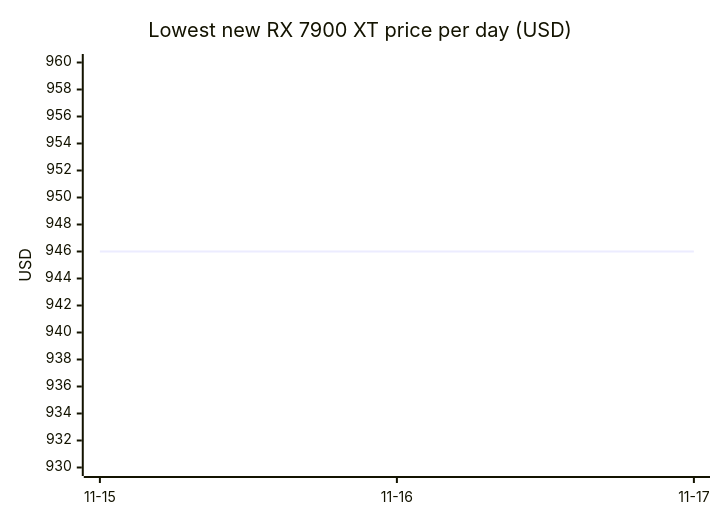
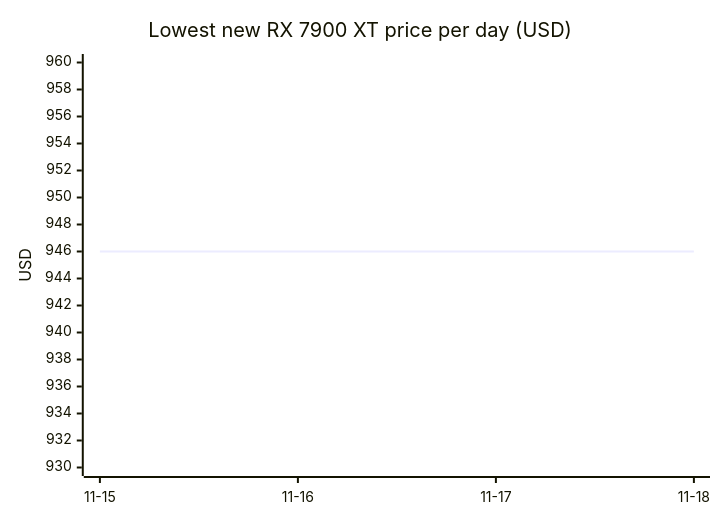
Before and after one commit to 7324136828/4tb_ssd_price_watch: diagram 14 of 18 in README.md, drawn with Mermaid. The commit also changed other lines of this file, not shown here.

````diff
--- a/README.md
+++ b/README.md
@@ -645,7 +694,7 @@
 ```mermaid
 xychart-beta
     title "Lowest new RX 7900 XT price per day (USD)"
-    x-axis ["11-15", "11-16", "11-17"]
+    x-axis ["11-15", "11-16", "11-17", "11-18"]
     y-axis "USD" 930 --> 960
-    line [946.00, 946.00, 946.00]
+    line [946.00, 946.00, 946.00, 946.00]
 ```
````
